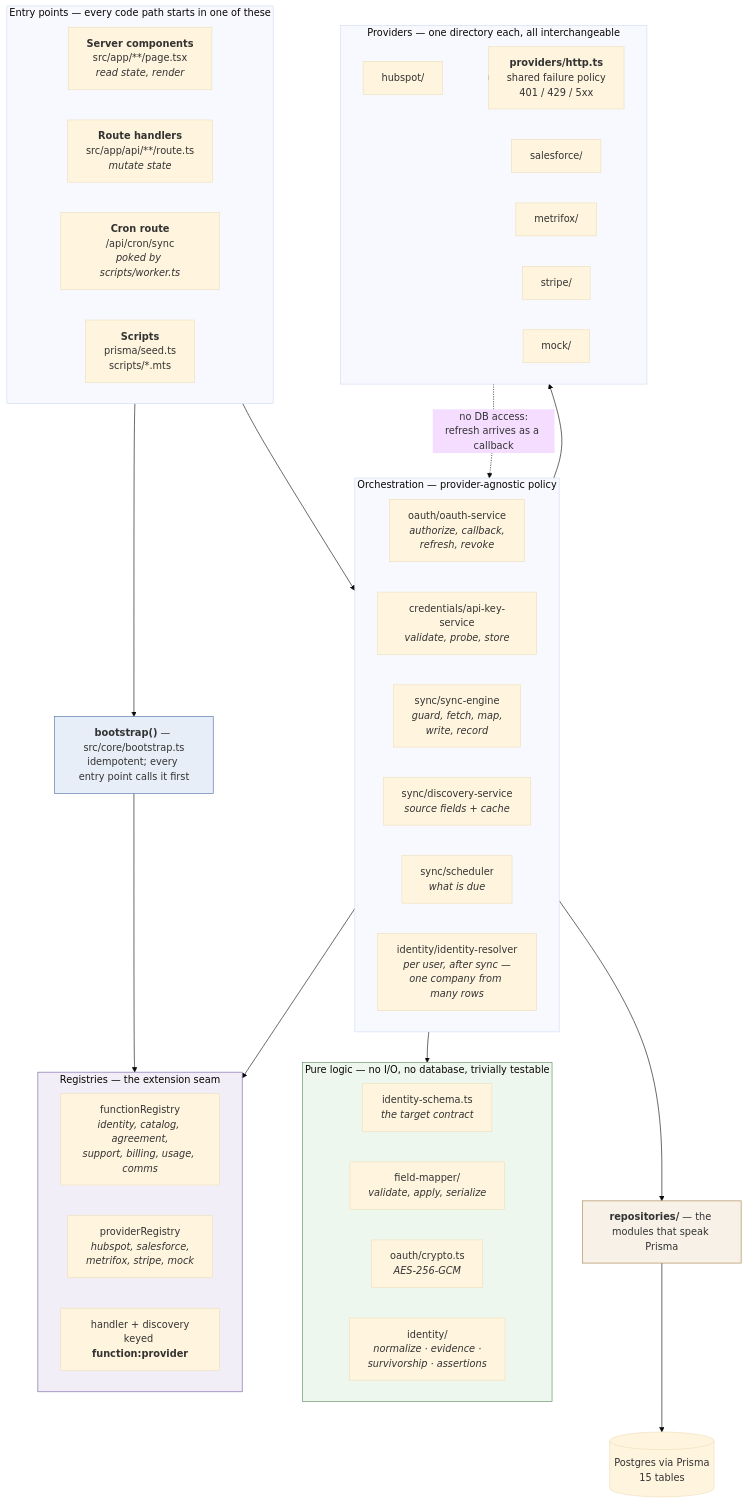
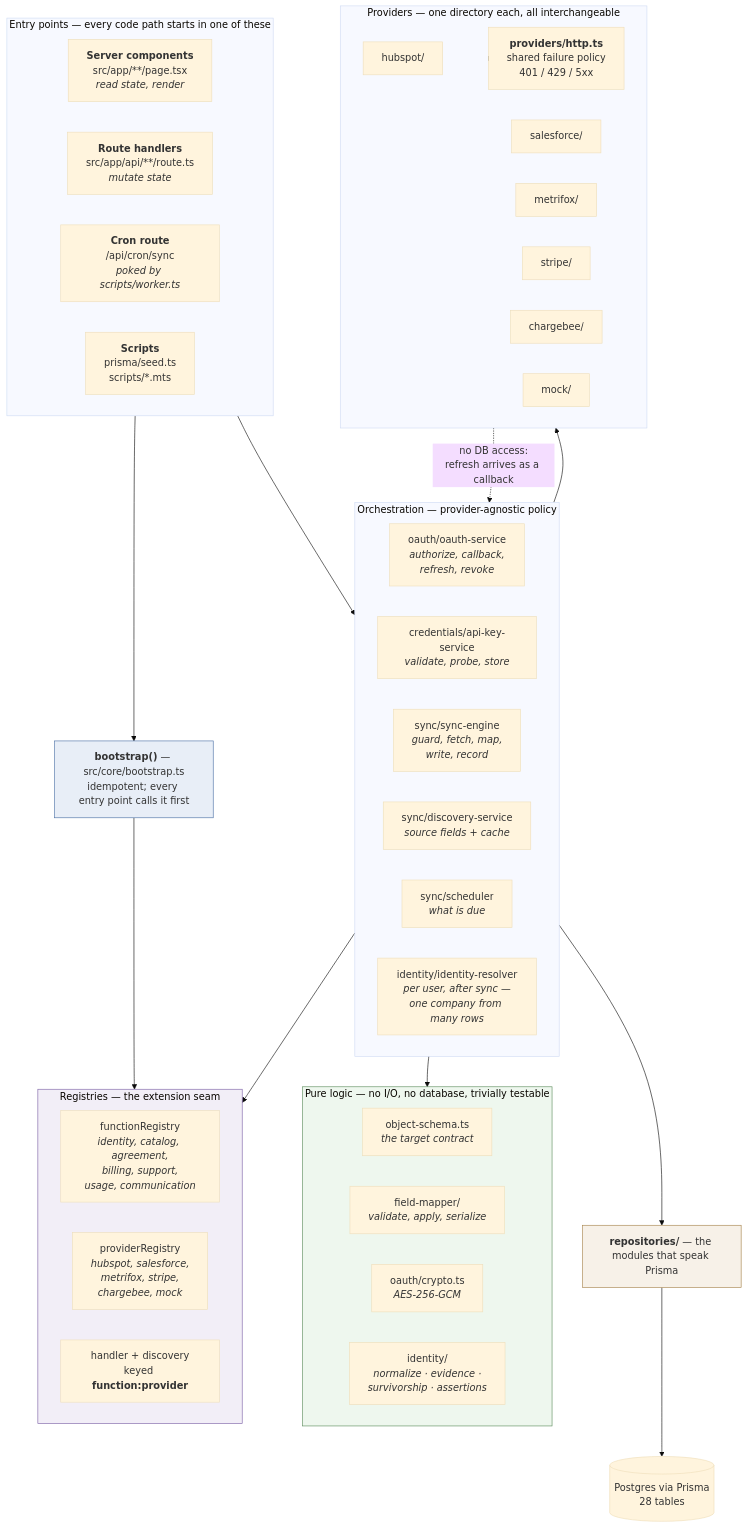
Before and after one commit to ajibade-ibrahim/Integration-Demo: the first of 9 diagrams in docs/architecture.md, drawn with Mermaid (base theme). The commit also changed other lines of this file and 4 other files, not shown here.

````diff
--- a/docs/architecture.md
+++ b/docs/architecture.md
@@ -25,66 +25,67 @@
 ```mermaid
 flowchart TB
     subgraph entry["Entry points — every code path starts in one of these"]
         direction LR
         PAGES["<b>Server components</b><br/>src/app/**/page.tsx<br/><i>read state, render</i>"]
         ROUTES["<b>Route handlers</b><br/>src/app/api/**/route.ts<br/><i>mutate state</i>"]
         CRONR["<b>Cron route</b><br/>/api/cron/sync<br/><i>poked by scripts/worker.ts</i>"]
         SCRIPTS["<b>Scripts</b><br/>prisma/seed.ts<br/>scripts/*.mts"]
     end
 
     BOOT["<b>bootstrap()</b> — src/core/bootstrap.ts<br/>idempotent; every entry point calls it first"]
 
     subgraph registries["Registries — the extension seam"]
         direction LR
-        FREG["functionRegistry<br/><i>identity, catalog, agreement,<br/>support, billing, usage, comms</i>"]
-        PREG["providerRegistry<br/><i>hubspot, salesforce,<br/>metrifox, stripe, mock</i>"]
+        FREG["functionRegistry<br/><i>identity, catalog, agreement,<br/>billing, support,<br/>usage, communication</i>"]
+        PREG["providerRegistry<br/><i>hubspot, salesforce,<br/>metrifox, stripe,<br/>chargebee, mock</i>"]
         HREG["handler + discovery<br/>keyed <b>function:provider</b>"]
     end
 
     subgraph services["Orchestration — provider-agnostic policy"]
         direction LR
         OAUTHS["oauth/oauth-service<br/><i>authorize, callback,<br/>refresh, revoke</i>"]
         KEYS["credentials/api-key-service<br/><i>validate, probe, store</i>"]
         ENGINE["sync/sync-engine<br/><i>guard, fetch, map,<br/>write, record</i>"]
         DISCO["sync/discovery-service<br/><i>source fields + cache</i>"]
         SCHED["sync/scheduler<br/><i>what is due</i>"]
         RESOLVE["identity/identity-resolver<br/><i>per user, after sync —<br/>one company from many rows</i>"]
     end
 
     subgraph pure["Pure logic — no I/O, no database, trivially testable"]
         direction LR
-        SCHEMA["identity-schema.ts<br/><i>the target contract</i>"]
+        SCHEMA["object-schema.ts<br/><i>the target contract</i>"]
         MAPPER["field-mapper/<br/><i>validate, apply, serialize</i>"]
         CRYPTO["oauth/crypto.ts<br/><i>AES-256-GCM</i>"]
         IDENT["identity/<br/><i>normalize · evidence ·<br/>survivorship · assertions</i>"]
     end
 
     subgraph provs["Providers — one directory each, all interchangeable"]
         direction LR
         HS["hubspot/"]
         SF["salesforce/"]
         MF["metrifox/"]
         ST["stripe/"]
+        CB["chargebee/"]
         MK["mock/"]
         HTTP["<b>providers/http.ts</b><br/>shared failure policy<br/>401 / 429 / 5xx"]
     end
 
     REPOS["<b>repositories/</b> — the modules that speak Prisma"]
-    DB[("Postgres via Prisma<br/>15 tables")]
+    DB[("Postgres via Prisma<br/>28 tables")]
 
     entry --> BOOT
     BOOT --> registries
     entry --> services
     services --> registries
     services --> pure
     services --> provs
     provs --> HTTP
     services --> REPOS
     provs -.->|"no DB access:<br/>refresh arrives as a callback"| services
     REPOS --> DB
 
     style BOOT fill:#e8eef7,stroke:#4a6fa5
     style registries fill:#f2eef7,stroke:#7a5fa5
     style pure fill:#eef7ee,stroke:#5a8a5a
     style REPOS fill:#f7f1e8,stroke:#a5824a
 ```
````
